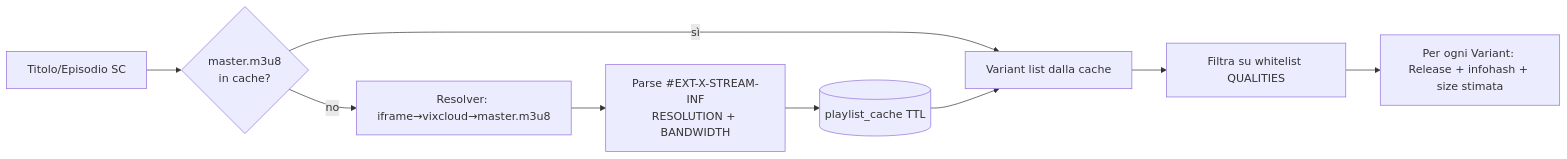
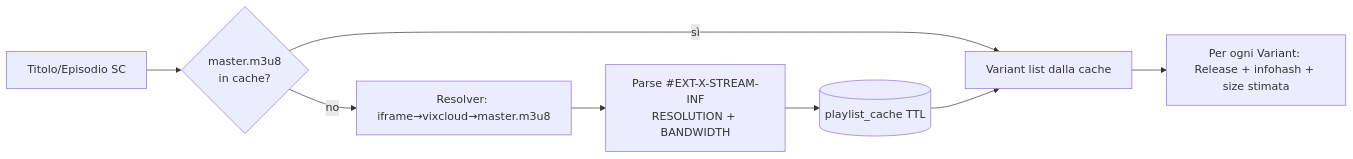
Before and after one commit to PhantomDave/streaming-community-tornznab: the fifth of 8 diagrams in ROADMAP.md, drawn with Mermaid. The commit also changed other lines of this file and 8 other files, not shown here.

````diff
--- a/ROADMAP.md
+++ b/ROADMAP.md
@@ -357,11 +357,10 @@
 ```mermaid
 flowchart LR
     A[Titolo/Episodio SC] --> B{master.m3u8\nin cache?}
     B -- sì --> D[Variant list dalla cache]
     B -- no --> C[Resolver: iframe→vixcloud→master.m3u8]
     C --> E[Parse #EXT-X-STREAM-INF\nRESOLUTION + BANDWIDTH]
     E --> F[(playlist_cache TTL)]
     F --> D
-    D --> G[Filtra su whitelist QUALITIES]
-    G --> H[Per ogni Variant: Release + infohash + size stimata]
+    D --> H[Per ogni Variant: Release + infohash + size stimata]
 ```
````
